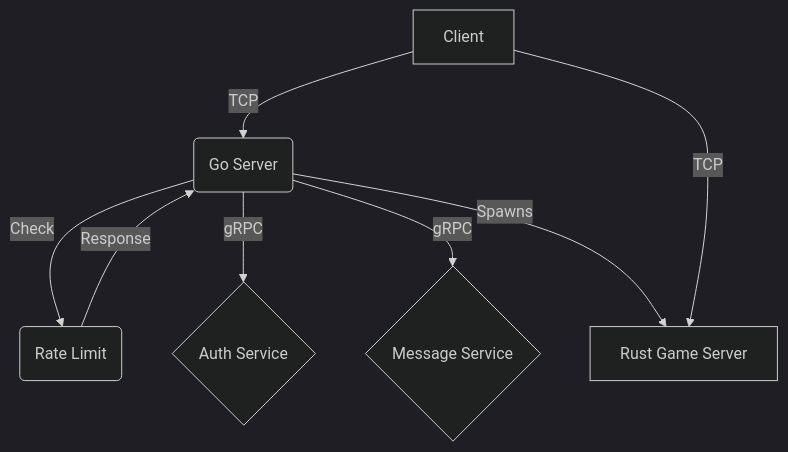
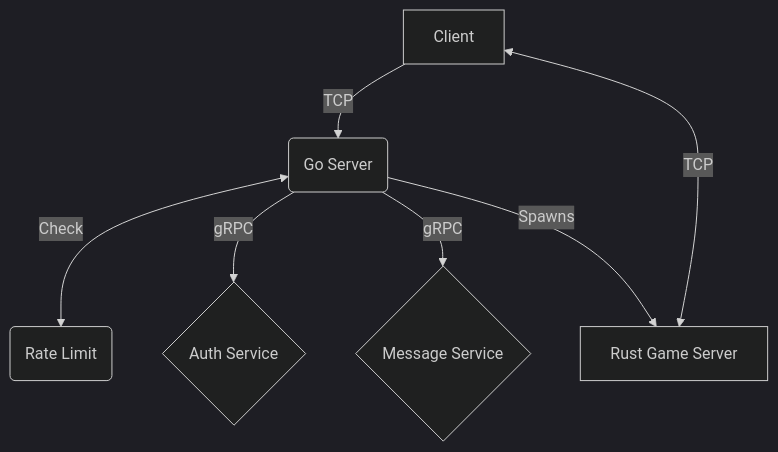
Before and after one commit to GrGLeo/TermArena: the diagram in docs/architecture.md, drawn with Mermaid (dark theme).

Commit message:
fix: mermaid grapg

````diff
--- a/docs/architecture.md
+++ b/docs/architecture.md
@@ -21,10 +21,9 @@
 ```mermaid
 graph TD
     A[Client] -->|TCP| B(Go Server)
-    B -->|Check| C(Rate Limit)
-    C -->|Response| B
+    B <-->|Check| C(Rate Limit)
     B -->|gRPC| D{Auth Service}
     B -->|gRPC| E{Message Service}
     B -->|Spawns| F[Rust Game Server]
-    A -->|TCP| F
+    A <-->|TCP| F
 ```
````
